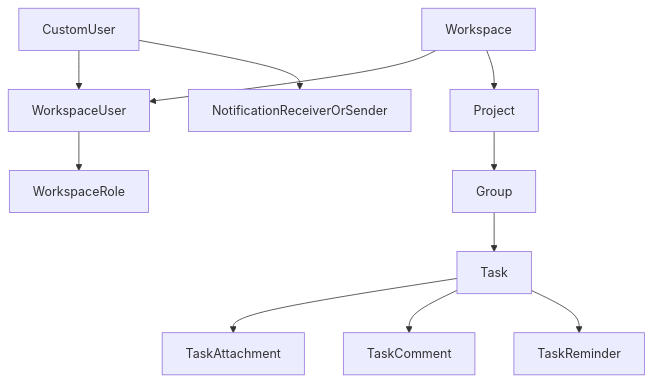
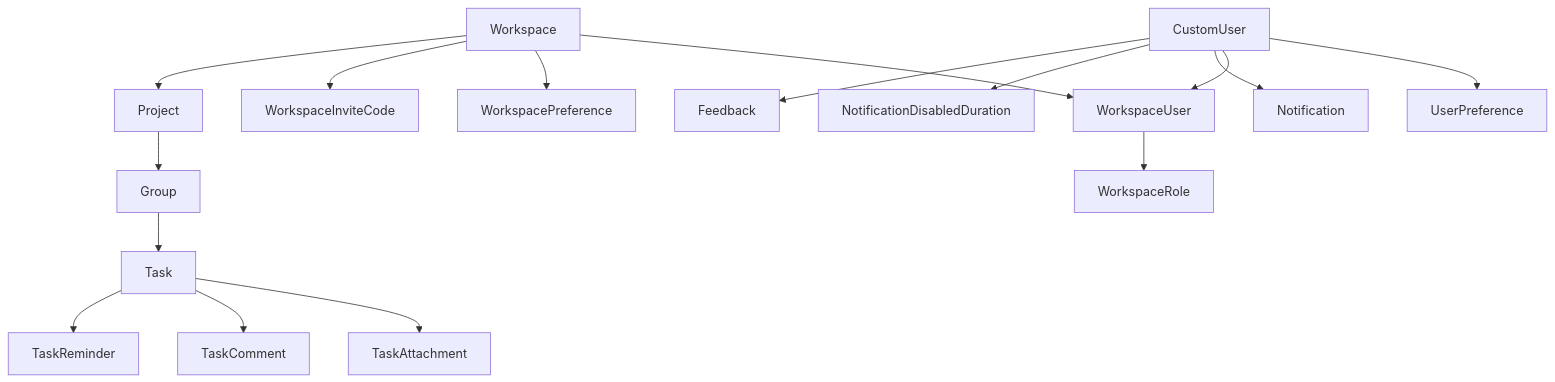
Before and after one commit to gemnightfox/WebPlant: the diagram in docs/domain-model.md, drawn with Mermaid. The commit also changed other lines of this file and 6 other files, not shown here.

````diff
--- a/docs/domain-model.md
+++ b/docs/domain-model.md
@@ -17,13 +23,18 @@
 ```mermaid
 flowchart TD
-    CustomUser[CustomUser] --> WorkspaceUser[WorkspaceUser]
-    Workspace[Workspace] --> WorkspaceUser
-    WorkspaceUser --> WorkspaceRole[WorkspaceRole]
-    Workspace --> Project[Project]
-    Project --> Group[Group]
-    Group --> Task[Task]
-    Task --> TaskAttachment[TaskAttachment]
-    Task --> TaskComment[TaskComment]
-    Task --> TaskReminder[TaskReminder]
-    CustomUser --> Notification[NotificationReceiverOrSender]
+    User[CustomUser] --> UserPref[UserPreference]
+    Workspace --> WorkspaceUser
+    User --> WorkspaceUser
+    WorkspaceUser --> WorkspaceRole
+    Workspace --> WorkspacePref[WorkspacePreference]
+    Workspace --> InviteCode[WorkspaceInviteCode]
+    Workspace --> Project
+    Project --> Group
+    Group --> Task
+    Task --> TaskAttachment
+    Task --> TaskComment
+    Task --> TaskReminder
+    User --> Notification
+    User --> NotificationMute[NotificationDisabledDuration]
+    User --> Feedback
 ```
````
